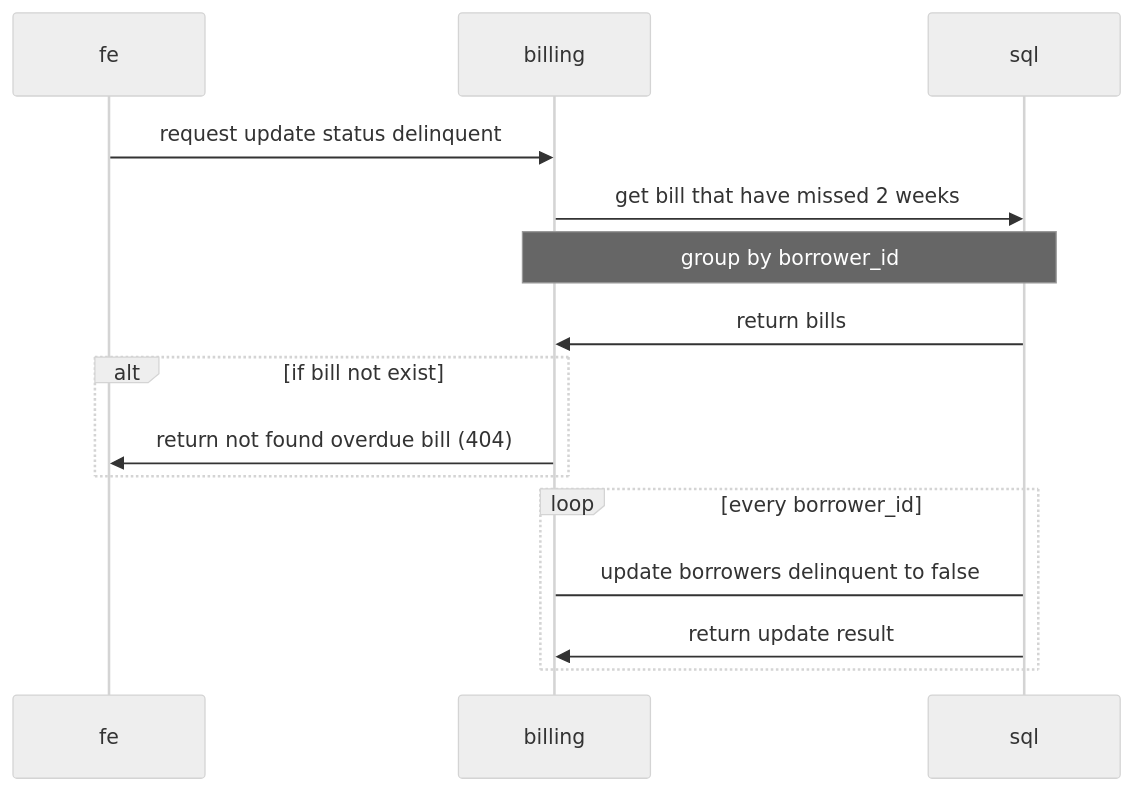
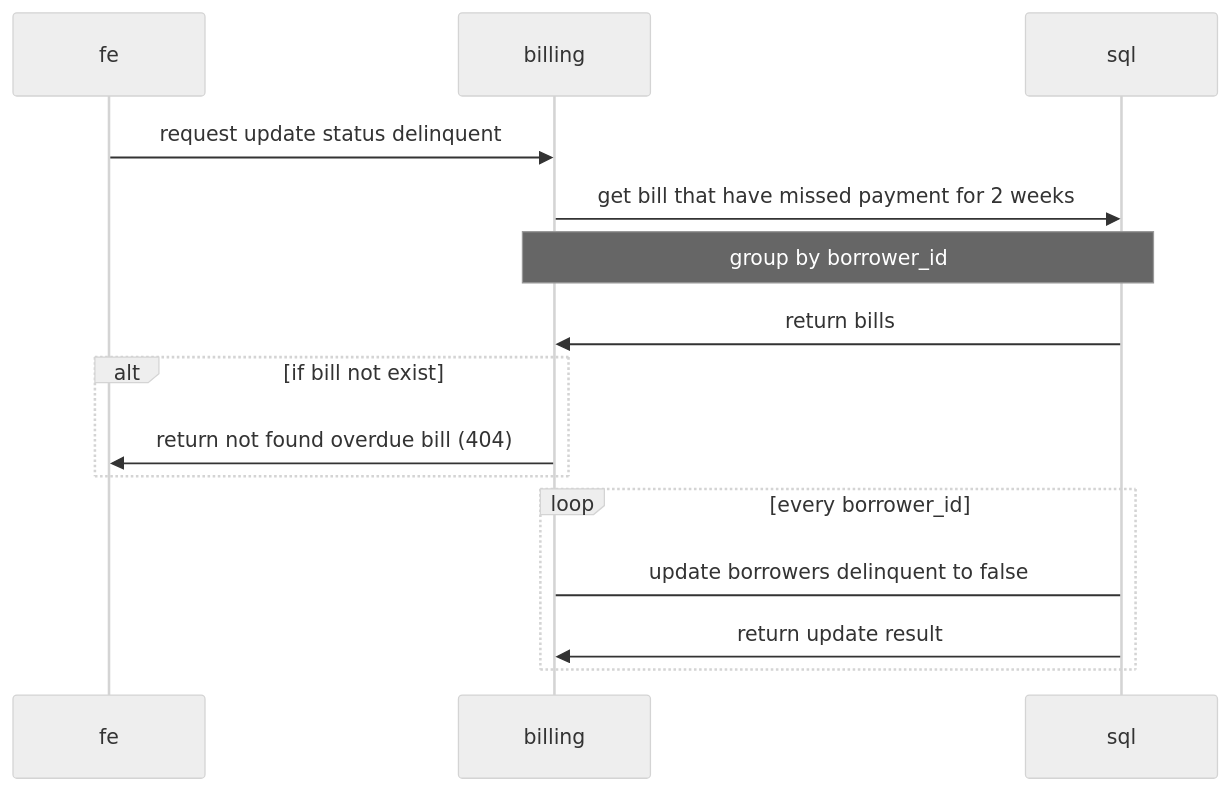
One commit to ran-jita/billing-engine changed the diagram in documentation/7.update_status_delinquent.md. Above: the diagram before and after it, drawn with Mermaid (neutral theme). The commit also changed 9 other files, not shown here.

````diff
--- a/documentation/7.update_status_delinquent.md
+++ b/documentation/7.update_status_delinquent.md
@@ -1,18 +1,20 @@
 ```mermaid
 sequenceDiagram
     participant fe
     participant billing
     participant sql
     
     fe ->> billing: request update status delinquent
-    billing ->> sql: get bill that have missed 2 weeks
+    
+    billing ->> sql: get bill that have missed payment for 2 weeks
     note over billing,sql: group by borrower_id
     sql ->> billing: return bills
     alt if bill not exist
         billing ->> fe: return not found overdue bill (404)
     end
+    
     loop every borrower_id
         billing -> sql: update borrowers delinquent to false
         sql ->> billing: return update result
     end
 ```
````
